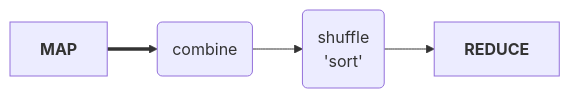
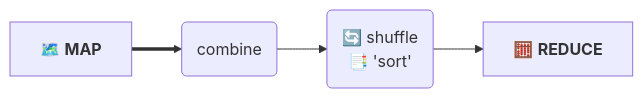
Before and after one commit to cherkavi/cheat-sheet: the first of 3 diagrams in hadoop-cheat-sheet.md, drawn with Mermaid. The commit also changed other lines of this file, not shown here.

````diff
--- a/hadoop-cheat-sheet.md
+++ b/hadoop-cheat-sheet.md
@@ -11,7 +11,7 @@
 ```mermaid
 graph LR
 
-m[<b>MAP</b>] ==> c(combine)
-c --> s(shuffle 
-        'sort') --> r[<b>REDUCE</b>]
+m[🗺️ <b>MAP</b>] ==> c(combine)
+c --> s(🔄 shuffle 
+        📑 'sort') --> r[🧮 <b>REDUCE</b>]
 ```
````
